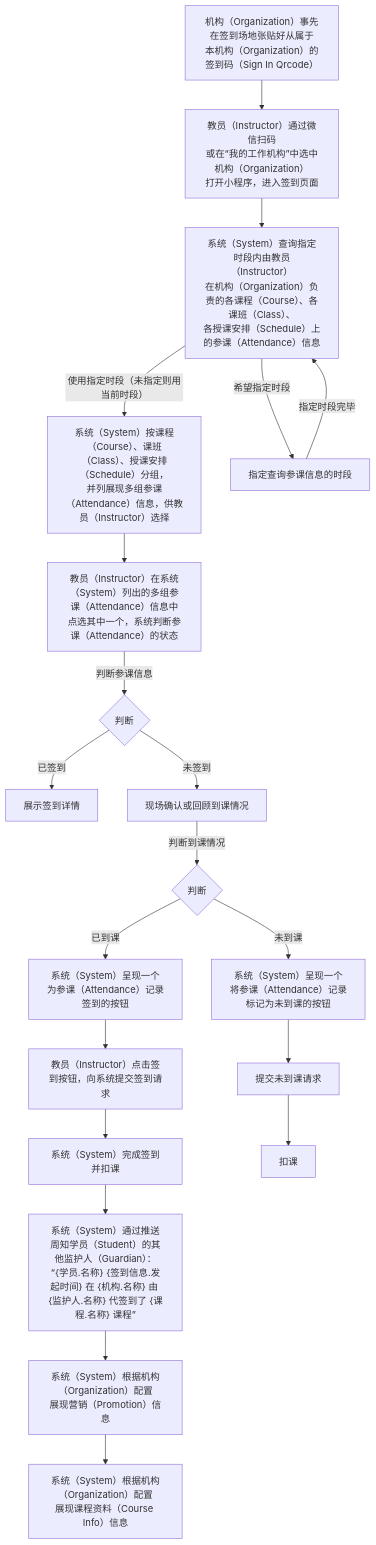
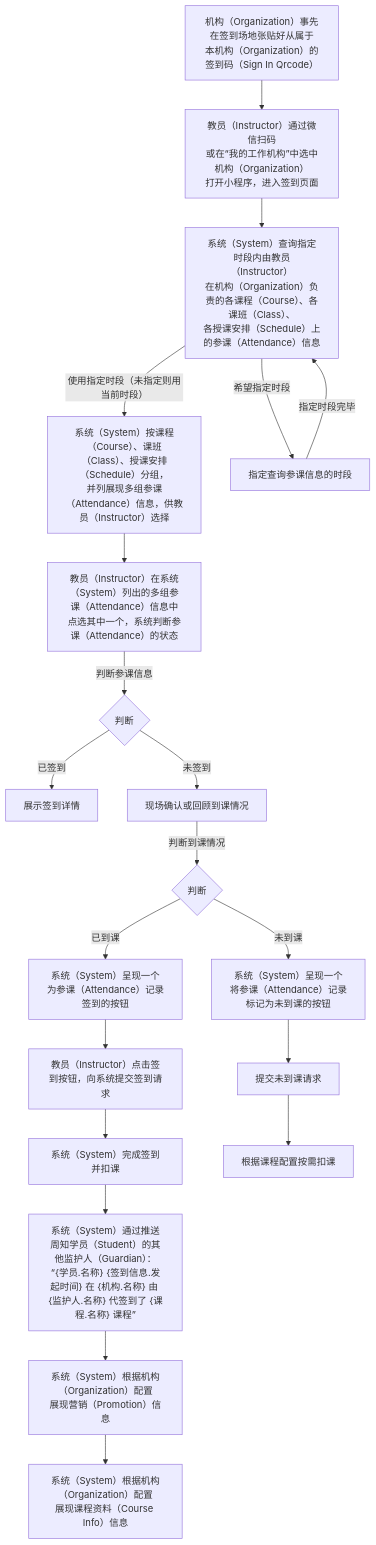
Before and after one commit to world-wide-web/sign: the third of 3 diagrams in 用例/签到.md, drawn with Mermaid. The commit also changed other lines of this file, not shown here.

````diff
--- a/用例/签到.md
+++ b/用例/签到.md
@@ -82,53 +82,53 @@
 ```mermaid
 graph TD
 
 准备签到码-->扫描签到码
 扫描签到码-->列出负责的授课单元
 列出负责的授课单元--"使用指定时段（未指定则用当前时段）"-->展现授课单元下的参课信息
 列出负责的授课单元--希望指定时段-->指定查询参课信息的时段
 指定查询参课信息的时段--指定时段完毕-->列出负责的授课单元
 展现授课单元下的参课信息-->选择参课信息
 选择参课信息--判断参课信息-->判断参课信息
 判断参课信息--已签到-->展示签到详情
 判断参课信息--未签到-->现场确认或回顾到课情况
 现场确认或回顾到课情况--判断到课情况-->判断到课情况
 判断到课情况--已到课-->呈现签到按钮
 呈现签到按钮-->提交签到请求
 提交签到请求-->签到扣课
 签到扣课-->周知签到情况
 周知签到情况-->展示营销信息
 展示营销信息-->展示课程资料
 判断到课情况--未到课-->呈现未到课按钮
 呈现未到课按钮-->提交未到课请求
-提交未到课请求-->扣课
+提交未到课请求-->根据课程配置按需扣课
 
 准备签到码["<center>机构（Organization）事先在签到场地张贴好从属于<br>本机构（Organization）的签到码（Sign In Qrcode）</center>"]
 
 扫描签到码["<center>教员（Instructor）通过微信扫码<br>或在“我的工作机构”中选中机构（Organization）<br>打开小程序，进入签到页面</center>"]
 
 列出负责的授课单元["<center>系统（System）查询指定时段内由教员（Instructor）<br>在机构（Organization）负责的各课程（Course）、各课班（Class）、<br>各授课安排（Schedule）上的参课（Attendance）信息"]
 
 指定查询参课信息的时段
 
 展现授课单元下的参课信息["<center>系统（System）按课程（Course）、课班（Class）、授课安排（Schedule）分组，<br>并列展现多组参课（Attendance）信息，供教员（Instructor）选择</center>"]
 
 选择参课信息["<center>教员（Instructor）在系统（System）列出的多组参课（Attendance）信息中<br>点选其中一个，系统判断参课（Attendance）的状态</center>"]
 
 判断参课信息{"<center>判断</center>"}
 
 判断到课情况{"<center>判断</center>"}
 
 呈现签到按钮["<center>系统（System）呈现一个为参课（Attendance）记录签到的按钮</center>"]
 
 提交签到请求["<center>教员（Instructor）点击签到按钮，向系统提交签到请求</center>"]
 
 签到扣课["<center>系统（System）完成签到并扣课</center>"]
 
 周知签到情况["<center>系统（System）通过推送周知学员（Student）的其他监护人（Guardian）：<br>“{学员.名称} {签到信息.发起时间} 在 {机构.名称} 由 {监护人.名称} 代签到了 {课程.名称} 课程”</center>"]
 
 展示营销信息["<center>系统（System）根据机构（Organization）配置<br>展现营销（Promotion）信息</center>"]
 
 展示课程资料["<center>系统（System）根据机构（Organization）配置<br>展现课程资料（Course Info）信息</center>"]
 
 呈现未到课按钮["<center>系统（System）呈现一个将参课（Attendance）记录标记为未到课的按钮</center>"]
 ```
````
